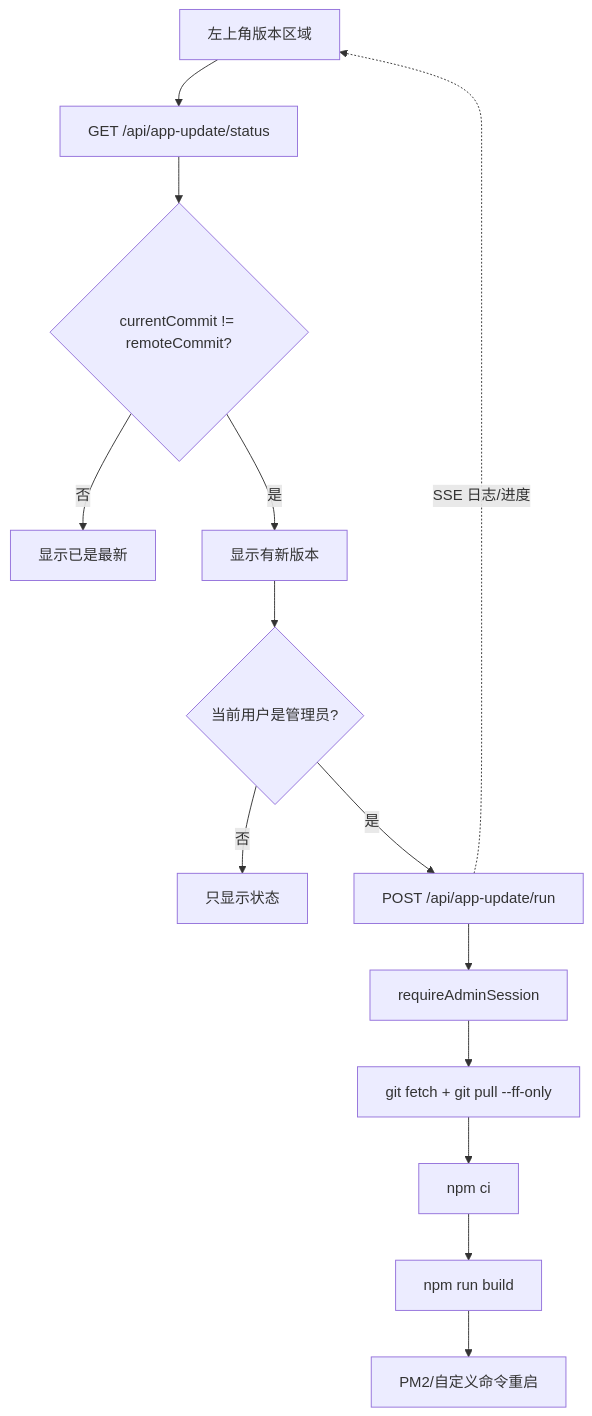
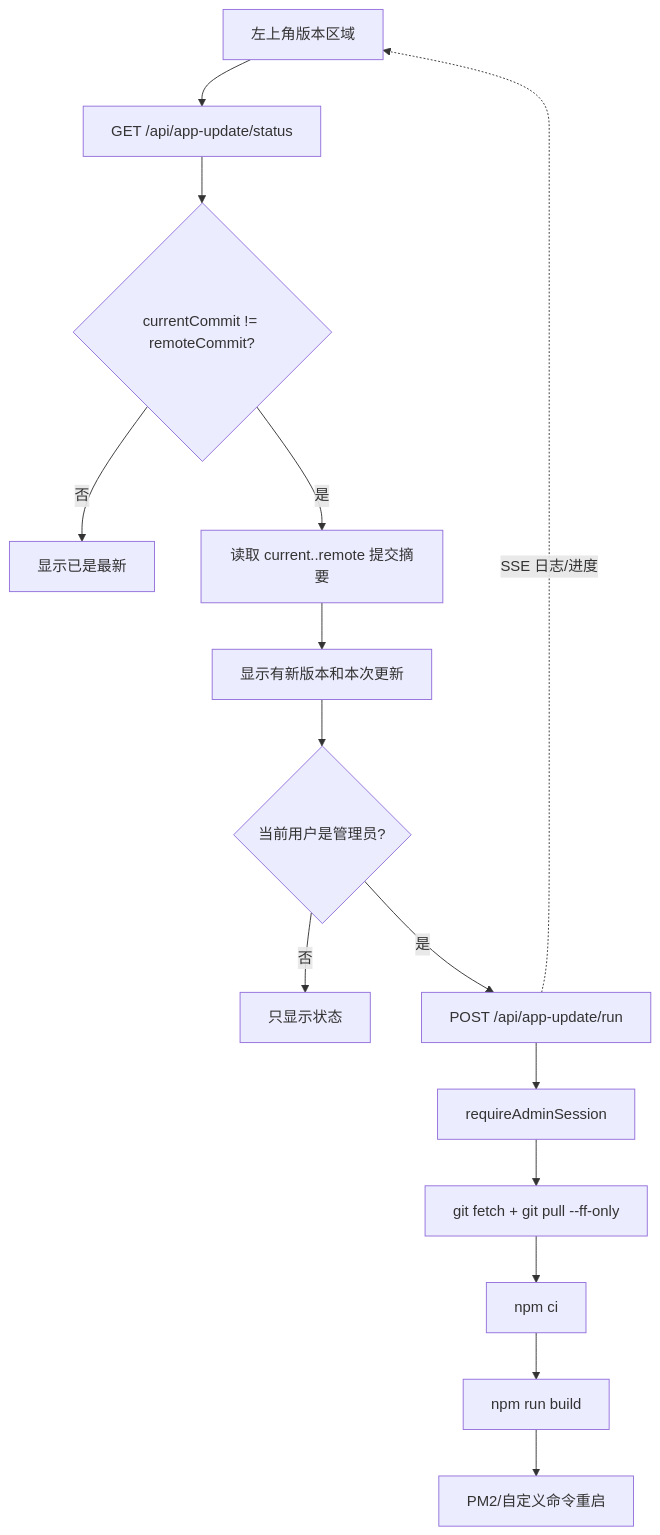
Diagram 29 of 31 in docs/SYSTEM_FLOW.md (ttmanthatman/virtual-human-flow), drawn with Mermaid before and after one commit. The commit also changed other lines of this file and 10 other files, not shown here.

````diff
--- a/docs/SYSTEM_FLOW.md
+++ b/docs/SYSTEM_FLOW.md
@@ -700,16 +700,17 @@
 ```mermaid
 flowchart TD
     UI["左上角版本区域"] --> STATUS["GET /api/app-update/status"]
     STATUS --> DIFF{"currentCommit != remoteCommit?"}
     DIFF -- "否" --> OK["显示已是最新"]
-    DIFF -- "是" --> BADGE["显示有新版本"]
+    DIFF -- "是" --> CHANGES["读取 current..remote 提交摘要"]
+    CHANGES --> BADGE["显示有新版本和本次更新"]
     BADGE --> ADMIN{"当前用户是管理员?"}
     ADMIN -- "否" --> READONLY["只显示状态"]
     ADMIN -- "是" --> RUN["POST /api/app-update/run"]
     RUN --> AUTH["requireAdminSession"]
     AUTH --> GIT["git fetch + git pull --ff-only"]
     GIT --> INSTALL["npm ci"]
     INSTALL --> BUILD["npm run build"]
     BUILD --> RESTART["PM2/自定义命令重启"]
     RUN -. "SSE 日志/进度" .-> UI
 ```
````
